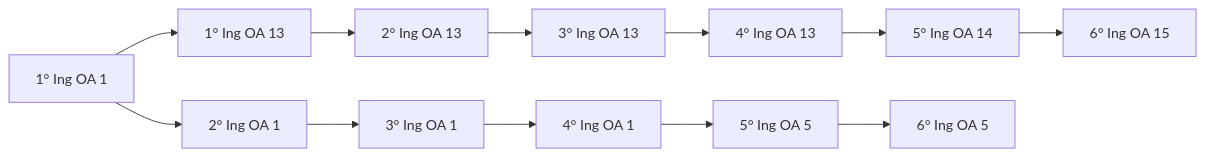
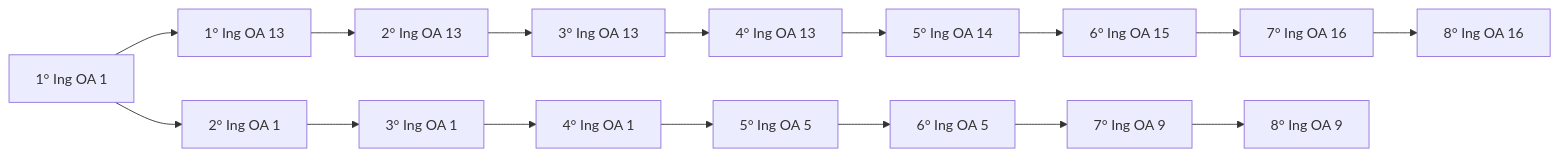
Before and after one commit to seanduarteu-cyber/PRODUCCION-PLAYMAKER: the fourth of 4 diagrams in expedicion-saber/docs/progresion.md, drawn with Mermaid. The commit also changed other lines of this file and 16 other files, not shown here.

````diff
--- a/expedicion-saber/docs/progresion.md
+++ b/expedicion-saber/docs/progresion.md
@@ -96,14 +110,18 @@
 ```mermaid
 flowchart LR
   1_basico_ingles_OA1["1° Ing OA 1"] --> 1_basico_ingles_OA13["1° Ing OA 13"]
   1_basico_ingles_OA1["1° Ing OA 1"] --> 2_basico_ingles_OA1["2° Ing OA 1"]
   1_basico_ingles_OA13["1° Ing OA 13"] --> 2_basico_ingles_OA13["2° Ing OA 13"]
   2_basico_ingles_OA1["2° Ing OA 1"] --> 3_basico_ingles_OA1["3° Ing OA 1"]
   2_basico_ingles_OA13["2° Ing OA 13"] --> 3_basico_ingles_OA13["3° Ing OA 13"]
   3_basico_ingles_OA1["3° Ing OA 1"] --> 4_basico_ingles_OA1["4° Ing OA 1"]
   3_basico_ingles_OA13["3° Ing OA 13"] --> 4_basico_ingles_OA13["4° Ing OA 13"]
   4_basico_ingles_OA1["4° Ing OA 1"] --> 5_basico_ingles_OA5["5° Ing OA 5"]
   4_basico_ingles_OA13["4° Ing OA 13"] --> 5_basico_ingles_OA14["5° Ing OA 14"]
   5_basico_ingles_OA5["5° Ing OA 5"] --> 6_basico_ingles_OA5["6° Ing OA 5"]
   5_basico_ingles_OA14["5° Ing OA 14"] --> 6_basico_ingles_OA15["6° Ing OA 15"]
+  6_basico_ingles_OA5["6° Ing OA 5"] --> 7_basico_ingles_OA9["7° Ing OA 9"]
+  6_basico_ingles_OA15["6° Ing OA 15"] --> 7_basico_ingles_OA16["7° Ing OA 16"]
+  7_basico_ingles_OA9["7° Ing OA 9"] --> 8_basico_ingles_OA9["8° Ing OA 9"]
+  7_basico_ingles_OA16["7° Ing OA 16"] --> 8_basico_ingles_OA16["8° Ing OA 16"]
 ```
````
